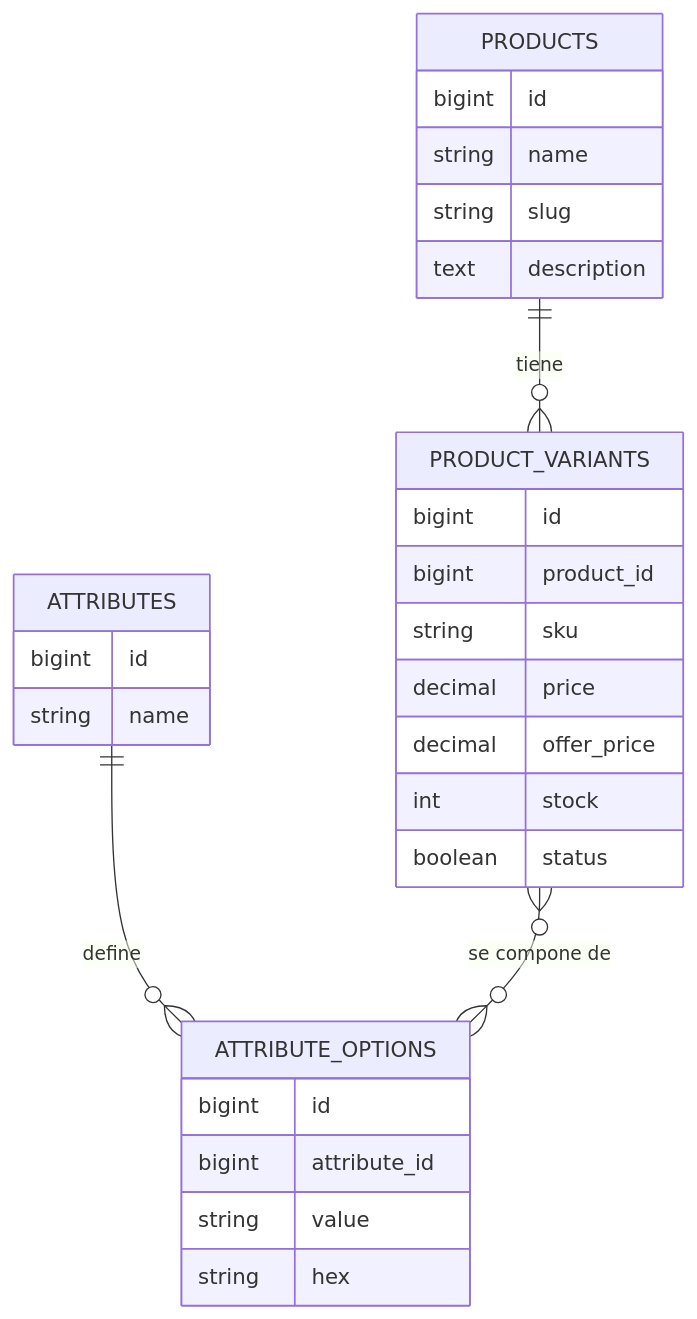
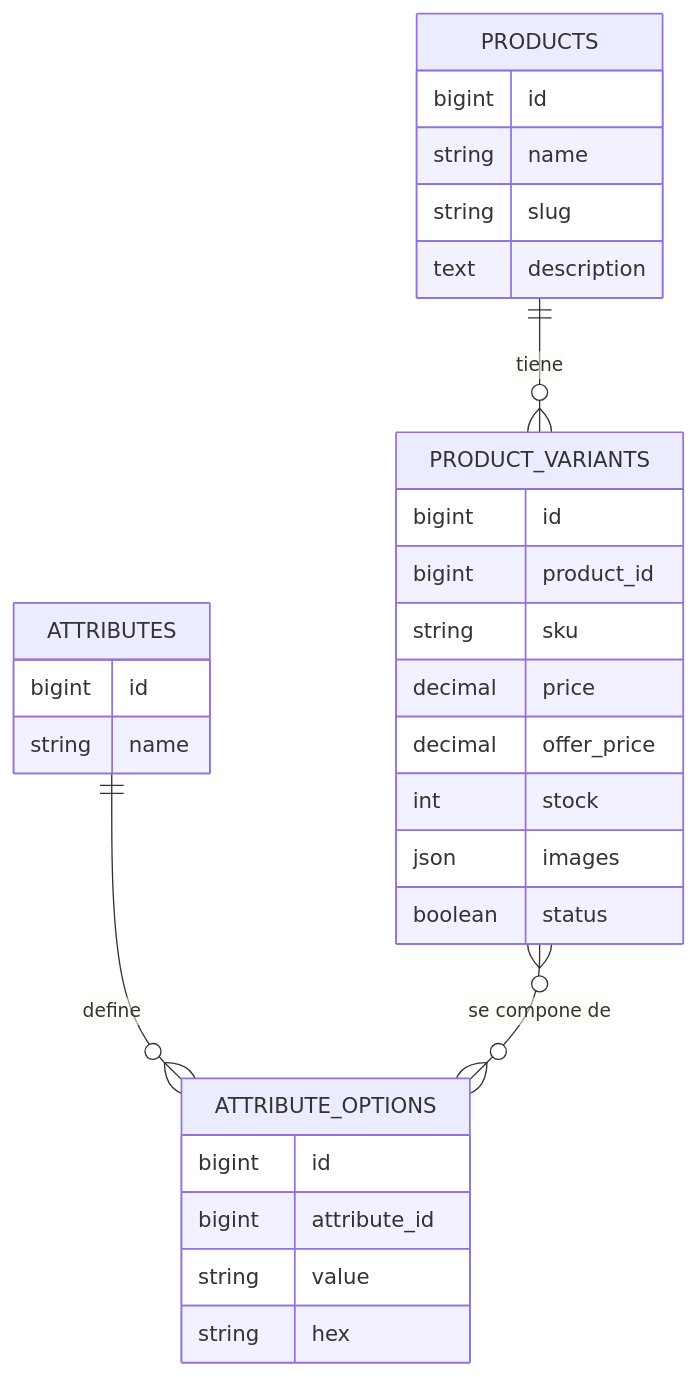
One commit to SIMDAV20/kuchas-kids-laravel-livewire changed the first of 2 diagrams in docs/flow.md. Above: the diagram before and after it, drawn with Mermaid. The commit also changed 4 other files, not shown here.

````diff
--- a/docs/flow.md
+++ b/docs/flow.md
@@ -7,35 +7,36 @@
 ```mermaid
 erDiagram
     PRODUCTS ||--o{ PRODUCT_VARIANTS : "tiene"
     ATTRIBUTES ||--o{ ATTRIBUTE_OPTIONS : "define"
     PRODUCT_VARIANTS }o--o{ ATTRIBUTE_OPTIONS : "se compone de"
     
     PRODUCTS {
         bigint id
         string name
         string slug
         text description
     }
 
     PRODUCT_VARIANTS {
         bigint id
         bigint product_id
         string sku
         decimal price
         decimal offer_price
         int stock
+        json images
         boolean status
     }
 
     ATTRIBUTES {
         bigint id
         string name
     }
 
     ATTRIBUTE_OPTIONS {
         bigint id
         bigint attribute_id
         string value
         string hex
     }
 ```
````
